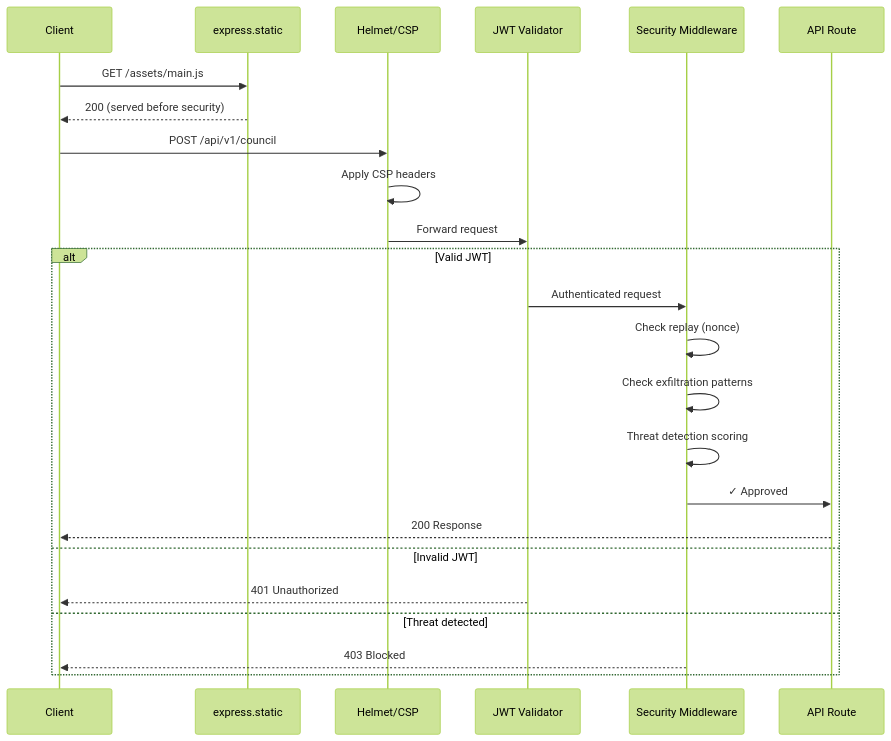
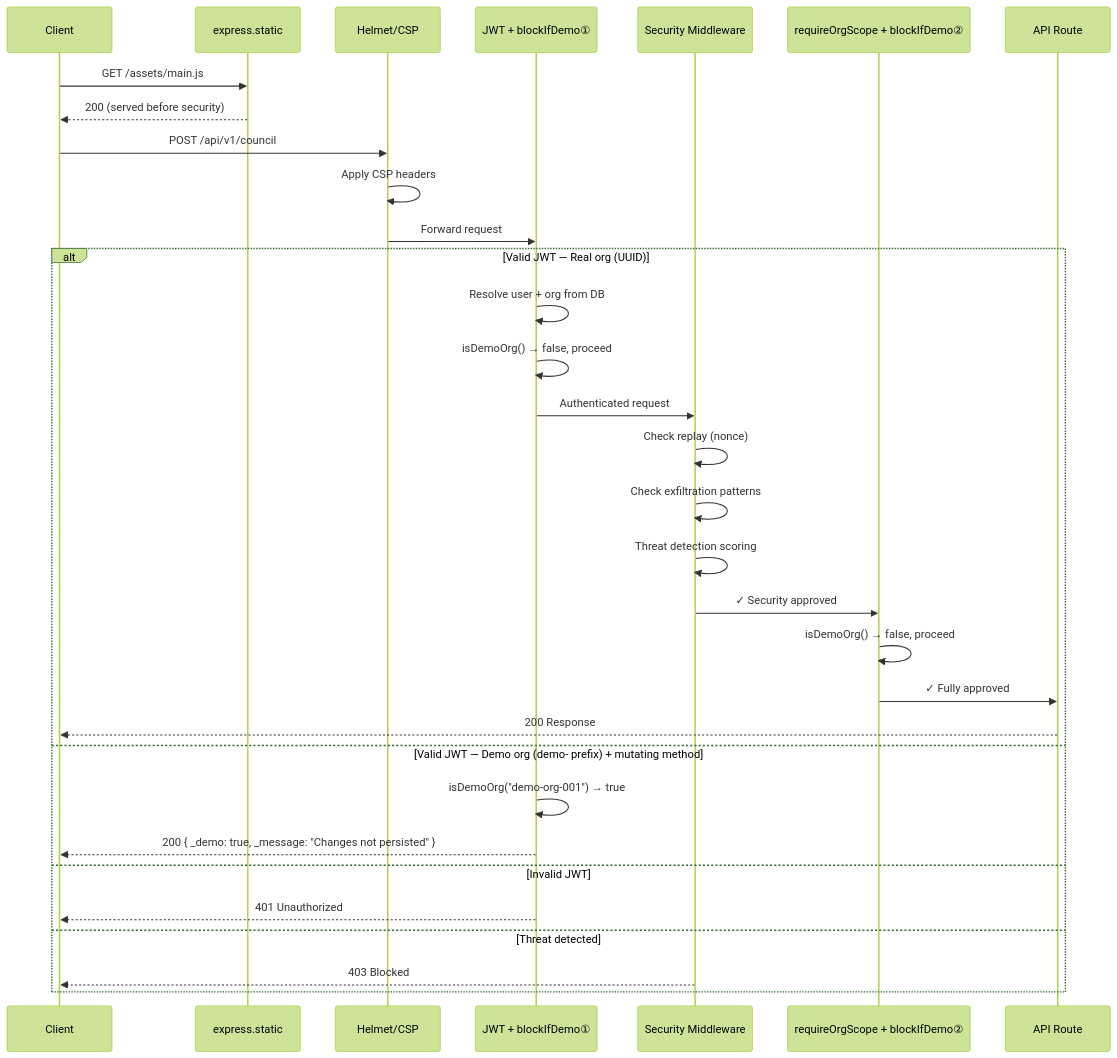
The third of 5 diagrams in docs/architecture/gateway-security.md (datacendia/datacendia-core), drawn with Mermaid (forest theme) before and after one commit. The commit also changed other lines of this file and 5 other files, not shown here.

````diff
--- a/docs/architecture/gateway-security.md
+++ b/docs/architecture/gateway-security.md
@@ -87,29 +89,37 @@
 ```mermaid
 sequenceDiagram
     participant Client
     participant Static as express.static
     participant Helmet as Helmet/CSP
-    participant Auth as JWT Validator
+    participant Auth as JWT + blockIfDemo①
     participant Sec as Security Middleware
+    participant OrgScope as requireOrgScope + blockIfDemo②
     participant Route as API Route
 
     Client->>Static: GET /assets/main.js
     Static-->>Client: 200 (served before security)
 
     Client->>Helmet: POST /api/v1/council
     Helmet->>Helmet: Apply CSP headers
     Helmet->>Auth: Forward request
 
-    alt Valid JWT
+    alt Valid JWT — Real org (UUID)
+        Auth->>Auth: Resolve user + org from DB
+        Auth->>Auth: isDemoOrg() → false, proceed
         Auth->>Sec: Authenticated request
         Sec->>Sec: Check replay (nonce)
         Sec->>Sec: Check exfiltration patterns
         Sec->>Sec: Threat detection scoring
-        Sec->>Route: ✓ Approved
+        Sec->>OrgScope: ✓ Security approved
+        OrgScope->>OrgScope: isDemoOrg() → false, proceed
+        OrgScope->>Route: ✓ Fully approved
         Route-->>Client: 200 Response
+    else Valid JWT — Demo org (demo- prefix) + mutating method
+        Auth->>Auth: isDemoOrg("demo-org-001") → true
+        Auth-->>Client: 200 { _demo: true, _message: "Changes not persisted" }
     else Invalid JWT
         Auth-->>Client: 401 Unauthorized
     else Threat detected
         Sec-->>Client: 403 Blocked
     end
 ```
````
